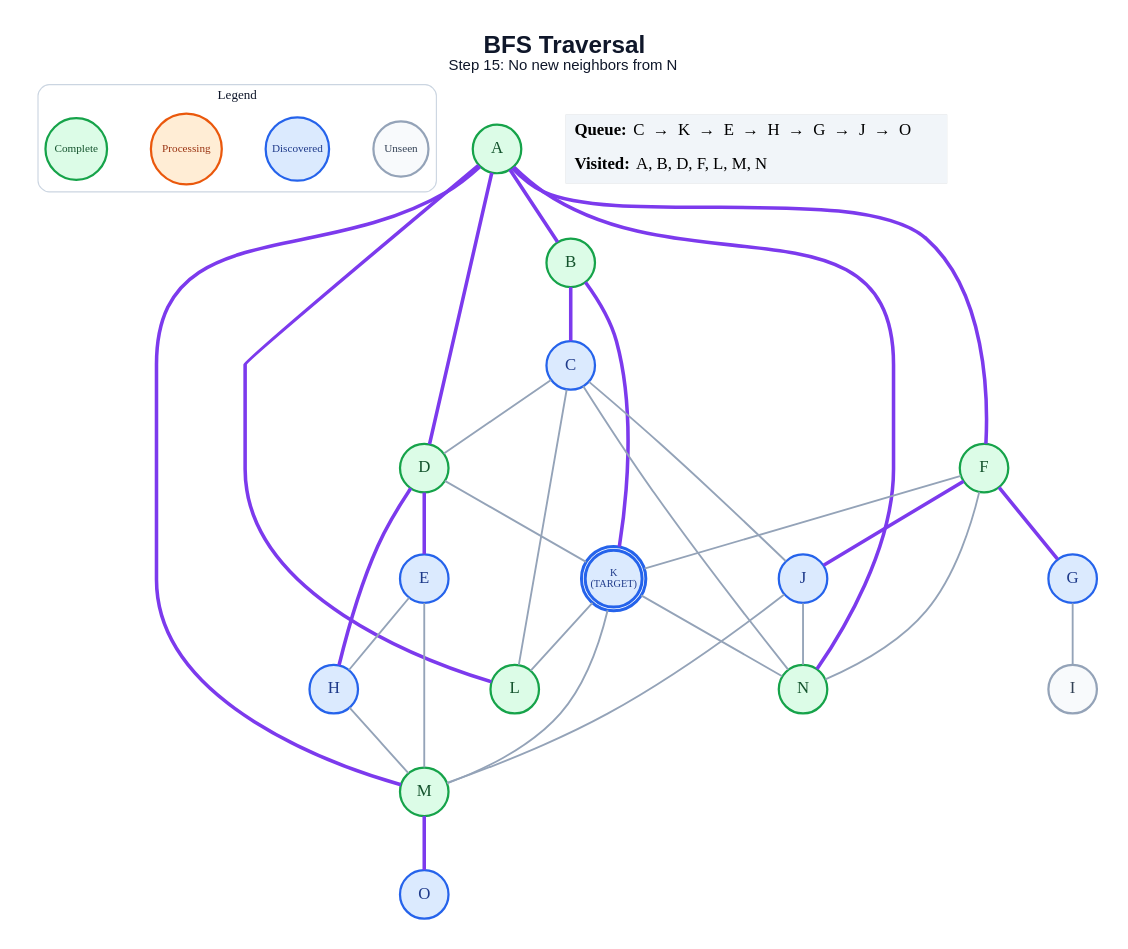
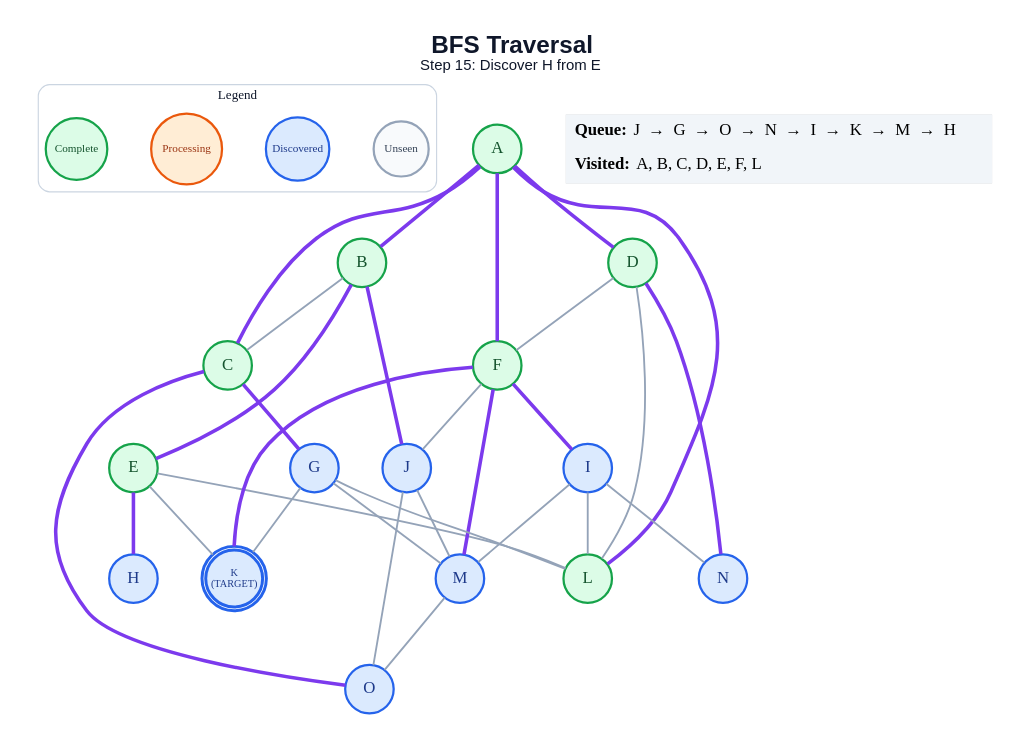
One commit to anon7238593-create/ai-slop changed the diagram in generated/specific-node/bfs/step_15.dot. Above: the diagram before and after it, drawn with Graphviz. The commit also changed 211 other files, not shown here.

```diff
--- a/generated/specific-node/bfs/step_15.dot
+++ b/generated/specific-node/bfs/step_15.dot
@@ -1,63 +1,63 @@
 graph traversal {
   graph [layout=dot, rankdir=TB, bgcolor="#FFFFFF", pad="0.35", nodesep="0.65", ranksep="0.8", fontname="Arial"];
   node [shape=circle, style="filled", fontname="Arial Bold", fontsize=18, width=0.72, fixedsize=true, penwidth=2.4];
   edge [color="#94A3B8", penwidth=2.0];
-  label=<<B>BFS Traversal</B><BR/><FONT POINT-SIZE="16">Step 15: No new neighbors from N</FONT>>; labelloc="t"; fontsize=26; fontname="Arial"; fontcolor="#0F172A";
+  label=<<B>BFS Traversal</B><BR/><FONT POINT-SIZE="16">Step 15: Discover H from E</FONT>>; labelloc="t"; fontsize=26; fontname="Arial"; fontcolor="#0F172A";
   subgraph cluster_legend { label="Legend"; color="#CBD5E1"; penwidth=1.2; style="rounded"; fontsize=14; fontname="Arial Bold";
     key_unseen [label="Unseen", fillcolor="#F8FAFC", color="#94A3B8", fontcolor="#334155", fontsize=12, width=0.82];
     key_frontier [label="Discovered", fillcolor="#DBEAFE", color="#2563EB", fontcolor="#1E3A8A", fontsize=12, width=0.95];
     key_current [label="Processing", fillcolor="#FFEDD5", color="#EA580C", fontcolor="#9A3412", fontsize=12, width=1.05];
     key_done [label="Complete", fillcolor="#DCFCE7", color="#16A34A", fontcolor="#14532D", fontsize=12, width=0.92];
     { rank=same; key_unseen; key_frontier; key_current; key_done; }
   }
   A [label="A", fillcolor="#DCFCE7", color="#16A34A", fontcolor="#14532D", peripheries=1, penwidth=2.4];
   B [label="B", fillcolor="#DCFCE7", color="#16A34A", fontcolor="#14532D", peripheries=1, penwidth=2.4];
-  C [label="C", fillcolor="#DBEAFE", color="#2563EB", fontcolor="#1E3A8A", peripheries=1, penwidth=2.4];
+  C [label="C", fillcolor="#DCFCE7", color="#16A34A", fontcolor="#14532D", peripheries=1, penwidth=2.4];
   D [label="D", fillcolor="#DCFCE7", color="#16A34A", fontcolor="#14532D", peripheries=1, penwidth=2.4];
-  E [label="E", fillcolor="#DBEAFE", color="#2563EB", fontcolor="#1E3A8A", peripheries=1, penwidth=2.4];
+  E [label="E", fillcolor="#DCFCE7", color="#16A34A", fontcolor="#14532D", peripheries=1, penwidth=2.4];
   F [label="F", fillcolor="#DCFCE7", color="#16A34A", fontcolor="#14532D", peripheries=1, penwidth=2.4];
   G [label="G", fillcolor="#DBEAFE", color="#2563EB", fontcolor="#1E3A8A", peripheries=1, penwidth=2.4];
   H [label="H", fillcolor="#DBEAFE", color="#2563EB", fontcolor="#1E3A8A", peripheries=1, penwidth=2.4];
-  I [label="I", fillcolor="#F8FAFC", color="#94A3B8", fontcolor="#334155", peripheries=1, penwidth=2.4];
+  I [label="I", fillcolor="#DBEAFE", color="#2563EB", fontcolor="#1E3A8A", peripheries=1, penwidth=2.4];
   J [label="J", fillcolor="#DBEAFE", color="#2563EB", fontcolor="#1E3A8A", peripheries=1, penwidth=2.4];
   K [label="K\n(TARGET)", fillcolor="#DBEAFE", color="#2563EB", fontcolor="#1E3A8A", peripheries=2, penwidth=3.2, fontsize=11, width=0.85, height=0.85];
   L [label="L", fillcolor="#DCFCE7", color="#16A34A", fontcolor="#14532D", peripheries=1, penwidth=2.4];
-  M [label="M", fillcolor="#DCFCE7", color="#16A34A", fontcolor="#14532D", peripheries=1, penwidth=2.4];
-  N [label="N", fillcolor="#DCFCE7", color="#16A34A", fontcolor="#14532D", peripheries=1, penwidth=2.4];
+  M [label="M", fillcolor="#DBEAFE", color="#2563EB", fontcolor="#1E3A8A", peripheries=1, penwidth=2.4];
+  N [label="N", fillcolor="#DBEAFE", color="#2563EB", fontcolor="#1E3A8A", peripheries=1, penwidth=2.4];
   O [label="O", fillcolor="#DBEAFE", color="#2563EB", fontcolor="#1E3A8A", peripheries=1, penwidth=2.4];
   A -- B [color="#7C3AED", penwidth=3.8];
+  A -- C [color="#7C3AED", penwidth=3.8];
   A -- D [color="#7C3AED", penwidth=3.8];
   A -- F [color="#7C3AED", penwidth=3.8];
   A -- L [color="#7C3AED", penwidth=3.8];
-  A -- M [color="#7C3AED", penwidth=3.8];
-  A -- N [color="#7C3AED", penwidth=3.8];
-  B -- C [color="#7C3AED", penwidth=3.8];
-  B -- K [color="#7C3AED", penwidth=3.8];
-  C -- D;
-  C -- J;
-  C -- L;
-  C -- N;
-  D -- E [color="#7C3AED", penwidth=3.8];
-  D -- H [color="#7C3AED", penwidth=3.8];
-  D -- K;
-  E -- H;
-  E -- M;
-  F -- G [color="#7C3AED", penwidth=3.8];
-  F -- J [color="#7C3AED", penwidth=3.8];
-  F -- K;
-  F -- N;
-  G -- I;
-  H -- M;
+  B -- C;
+  B -- E [color="#7C3AED", penwidth=3.8];
+  B -- J [color="#7C3AED", penwidth=3.8];
+  C -- G [color="#7C3AED", penwidth=3.8];
+  C -- O [color="#7C3AED", penwidth=3.8];
+  D -- F;
+  D -- L;
+  D -- N [color="#7C3AED", penwidth=3.8];
+  E -- H [color="#7C3AED", penwidth=3.8];
+  E -- K;
+  E -- L;
+  F -- I [color="#7C3AED", penwidth=3.8];
+  F -- J;
+  F -- K [color="#7C3AED", penwidth=3.8];
+  F -- M [color="#7C3AED", penwidth=3.8];
+  G -- K;
+  G -- L;
+  G -- M;
+  I -- L;
+  I -- M;
+  I -- N;
   J -- M;
-  J -- N;
-  K -- L;
-  K -- M;
-  K -- N;
-  M -- O [color="#7C3AED", penwidth=3.8];
+  J -- O;
+  M -- O;
   status [shape=plain, fixedsize=false, width=0, height=0, margin=0, label=<
     <TABLE BORDER="0" CELLBORDER="0" CELLPADDING="7" BGCOLOR="#F1F5F9">
-      <TR><TD ALIGN="LEFT"><B>Queue:</B> C  →  K  →  E  →  H  →  G  →  J  →  O</TD></TR>
-      <TR><TD ALIGN="LEFT"><B>Visited:</B> A, B, D, F, L, M, N</TD></TR>
+      <TR><TD ALIGN="LEFT"><B>Queue:</B> J  →  G  →  O  →  N  →  I  →  K  →  M  →  H</TD></TR>
+      <TR><TD ALIGN="LEFT"><B>Visited:</B> A, B, C, D, E, F, L</TD></TR>
     </TABLE>
   >];
 }
```
